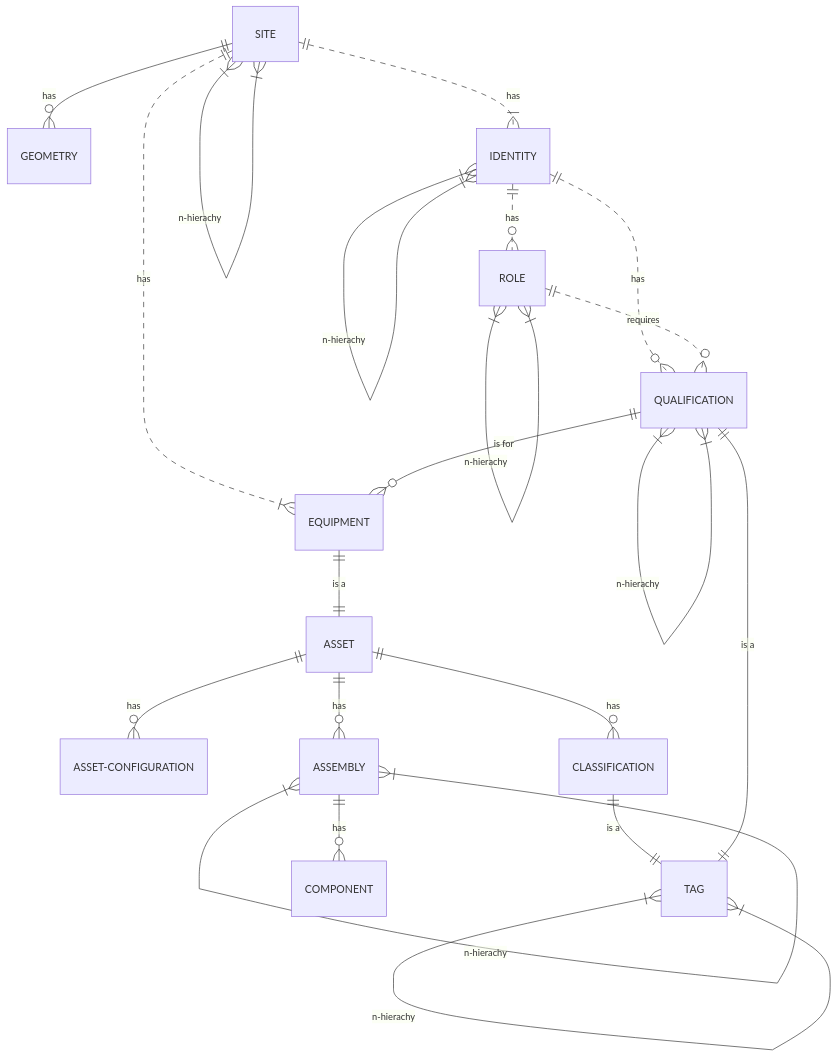
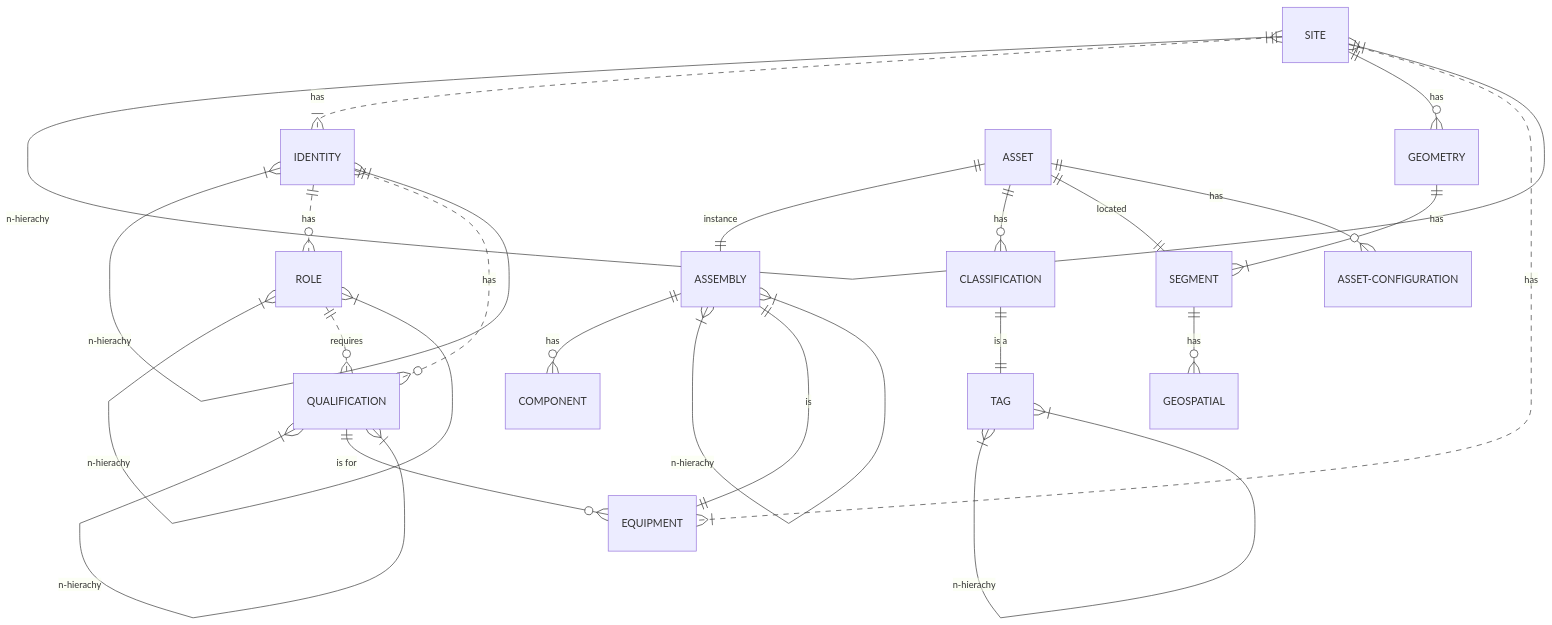
The diagram in content/en/docs/Architectures/xDNA/Patterns/Building Blocks/_index.md (petersgiles/reference-architecture), drawn with Mermaid before and after one commit. The commit also changed other lines of this file and 1 other file, not shown here.

````diff
--- a/content/en/docs/Architectures/xDNA/Patterns/Building Blocks/_index.md
+++ b/content/en/docs/Architectures/xDNA/Patterns/Building Blocks/_index.md
@@ -12,34 +12,41 @@
 ```mermaid
 erDiagram
 
           SITE }|--|{ SITE : "n-hierachy"
-          SITE ||--o{ GEOMETRY : "has"
-          SITE ||..|{ EQUIPMENT : "has"
 
-          EQUIPMENT ||--|| ASSET : "is a"    
-
-          ASSET ||--o{ ASSET-CONFIGURATION : "has"
-          ASSET ||--o{ CLASSIFICATION : "has"
-
-          CLASSIFICATION ||--|| TAG : "is a"
-          TAG }|--|{ TAG : n-hierachy
-          ASSET ||--o{ ASSEMBLY : "has"
-
-          ASSEMBLY }|--|{ ASSEMBLY : "n-hierachy"
-          ASSEMBLY ||--o{ COMPONENT : "has"
 
           SITE ||..|{ IDENTITY : "has"
           IDENTITY }|--|{ IDENTITY : "n-hierachy"
           IDENTITY ||..o{ ROLE : "has"
           IDENTITY ||..o{ QUALIFICATION : "has"
 
           ROLE }|--|{ ROLE : "n-hierachy"
           ROLE ||..o{ QUALIFICATION : "requires"
 
           QUALIFICATION }|--|{ QUALIFICATION : "n-hierachy"
-          QUALIFICATION ||--|| TAG : "is a"
-          QUALIFICATION ||--o{ EQUIPMENT : "is for"
+          QUALIFICATION ||--o{ EQUIPMENT : "is for"  
 
+          SITE ||--o{ GEOMETRY : "has"
+          GEOMETRY ||--|{ SEGMENT : "has"
+          SEGMENT ||--o{ GEOSPATIAL : "has"
           
+          SITE ||..|{ EQUIPMENT : "has"
+          CLASSIFICATION ||--|| TAG : "is a"
+          TAG }|--|{ TAG : n-hierachy
+
+          ASSET ||--|| ASSEMBLY : "instance"
+          ASSET ||--o{ CLASSIFICATION : "has"
+          ASSET ||--|| SEGMENT : "located"
+          ASSET ||--o{ ASSET-CONFIGURATION : "has"
+
+
+          ASSEMBLY ||--o{ COMPONENT : "has"
+          ASSEMBLY }|--|{ ASSEMBLY : "n-hierachy"
+
+          ASSEMBLY ||--|| EQUIPMENT : "is"
+
+ 
+
+                    
 
 ```
````
